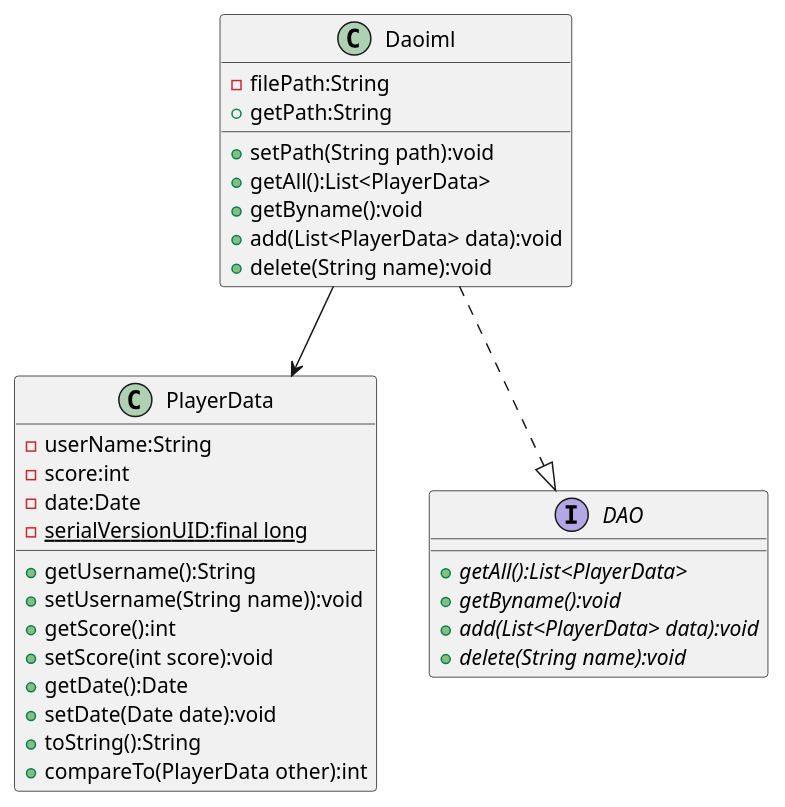
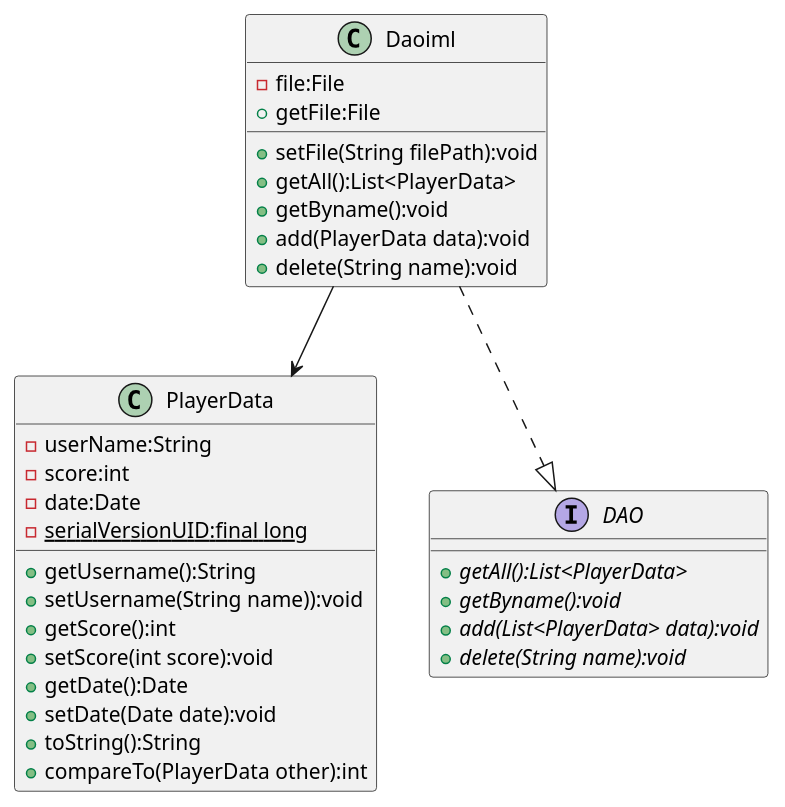
Before and after one commit to simple-luck/AircraftWar: the diagram in uml/DAO.puml, drawn with PlantUML. The commit also changed 8 other files, not shown here.

```diff
--- a/uml/DAO.puml
+++ b/uml/DAO.puml
@@ -1,37 +1,37 @@
 @startuml
 'https://plantuml.com/sequence-diagram
 
 class PlayerData{
     - userName:String
     - score:int
     - date:Date
     - {static}serialVersionUID:final long
     + getUsername():String
     + setUsername(String name)):void
     + getScore():int
     + setScore(int score):void
     + getDate():Date
     + setDate(Date date):void
     + toString():String
     + compareTo(PlayerData other):int
 }
 interface DAO{
     + {abstract}getAll():List<PlayerData>
     + {abstract}getByname():void
     + {abstract}add(List<PlayerData> data):void
     + {abstract}delete(String name):void
 }
 
 class Daoiml{
-    - filePath:String
-    + getPath:String
-    + setPath(String path):void
+    - file:File
+    + getFile:File
+    + setFile(String filePath):void
     + getAll():List<PlayerData>
     + getByname():void
-    + add(List<PlayerData> data):void
+    + add(PlayerData data):void
     + delete(String name):void
 }
 
 Daoiml-->PlayerData
 Daoiml..|>DAO
 @enduml
```
